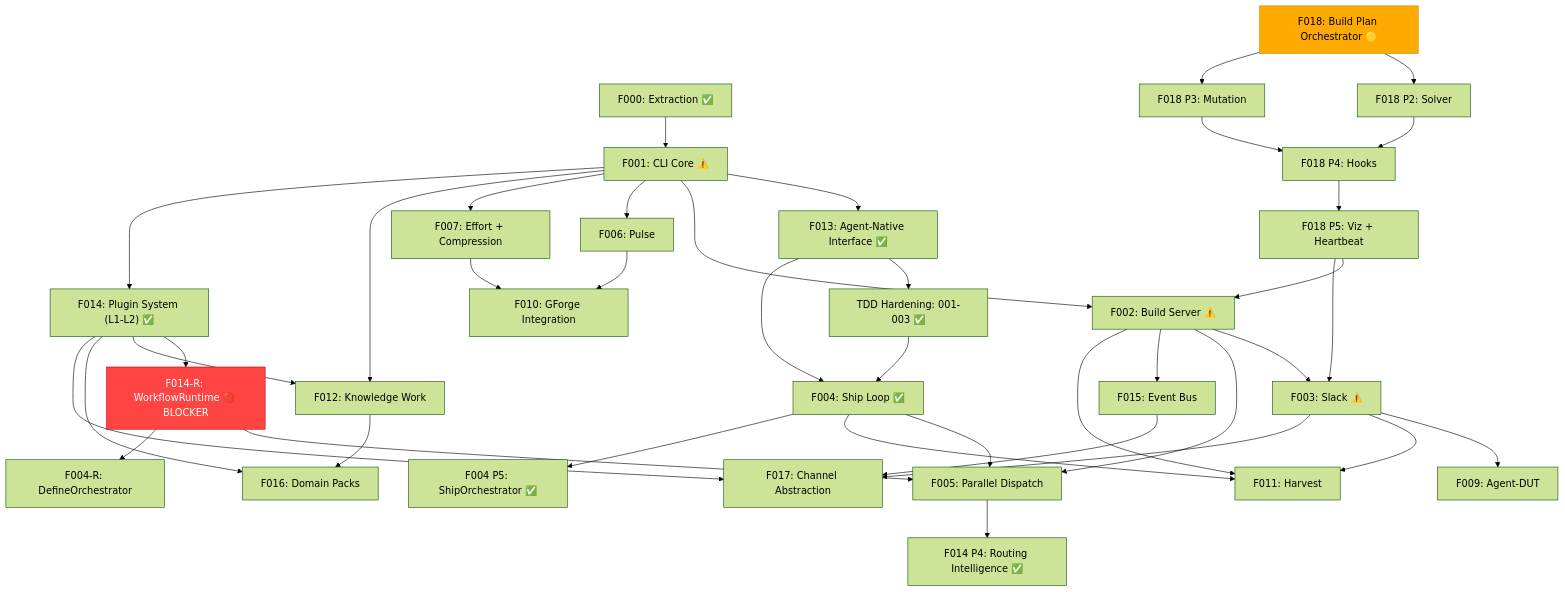
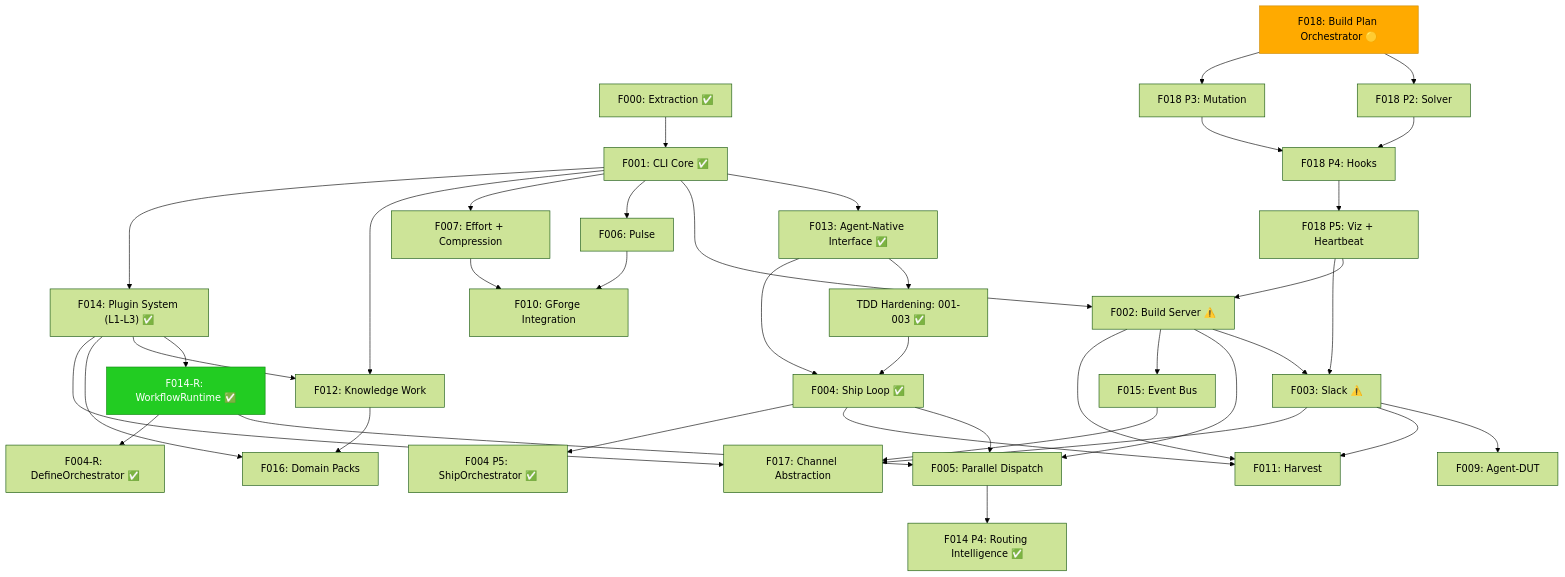
Before and after one commit to gforge-esc/gwrk: the first of 2 diagrams in specs/000-build-plan.md, drawn with Mermaid (forest theme). The commit also changed other lines of this file and 17 other files, not shown here.

````diff
--- a/specs/000-build-plan.md
+++ b/specs/000-build-plan.md
@@ -25,44 +25,44 @@
 ```mermaid
 graph TD
-    F000["F000: Extraction ✅"] --> F001["F001: CLI Core ⚠️"]
+    F000["F000: Extraction ✅"] --> F001["F001: CLI Core ✅"]
     F001 --> F013["F013: Agent-Native Interface ✅"]
     F001 --> F002["F002: Build Server ⚠️"]
     F001 --> F006["F006: Pulse"]
     F001 --> F007["F007: Effort + Compression"]
     F001 --> F012["F012: Knowledge Work"]
-    F001 --> F014["F014: Plugin System (L1-L2) ✅"]
+    F001 --> F014["F014: Plugin System (L1-L3) ✅"]
     F002 --> F003["F003: Slack ⚠️"]
     F002 --> F005["F005: Parallel Dispatch"]
     F002 --> F015["F015: Event Bus"]
     F013 --> TDD["TDD Hardening: 001-003 ✅"]
     F013 --> F004["F004: Ship Loop ✅"]
     TDD --> F004
     F004 --> F005
     F004 --> F011["F011: Harvest"]
     F004 --> F004P5["F004 P5: ShipOrchestrator ✅"]
-    F014 --> F014R["F014-R: WorkflowRuntime 🔴 BLOCKER"]
+    F014 --> F014R["F014-R: WorkflowRuntime ✅"]
     F014R --> F005
-    F014R --> F004RD["F004-R: DefineOrchestrator"]
+    F014R --> F004RD["F004-R: DefineOrchestrator ✅"]
     F014 --> F012
     F014 --> F016["F016: Domain Packs"]
     F014 --> F017["F017: Channel Abstraction"]
     F003 --> F009["F009: Agent-DUT"]
     F003 --> F011
     F002 --> F011
     F006 --> F010["F010: GForge Integration"]
     F007 --> F010
     F015 --> F017
     F003 --> F017
     F012 --> F016
     F005 --> F014P4["F014 P4: Routing Intelligence ✅"]
     F018["F018: Build Plan Orchestrator 🟡"] --> F018P2["F018 P2: Solver"]
     F018["F018: Build Plan Orchestrator 🟡"] --> F018P3["F018 P3: Mutation"]
     F018P2 --> F018P4["F018 P4: Hooks"]
     F018P3 --> F018P4
     F018P4 --> F018P5["F018 P5: Viz + Heartbeat"]
     F018P5 --> F002
     F018P5 --> F003
 
-    style F014R fill:#ff4444,stroke:#cc0000,color:#fff
+    style F014R fill:#22cc22,stroke:#118811,color:#fff
     style F018 fill:#ffaa00,stroke:#cc8800,color:#000
 ```
````
